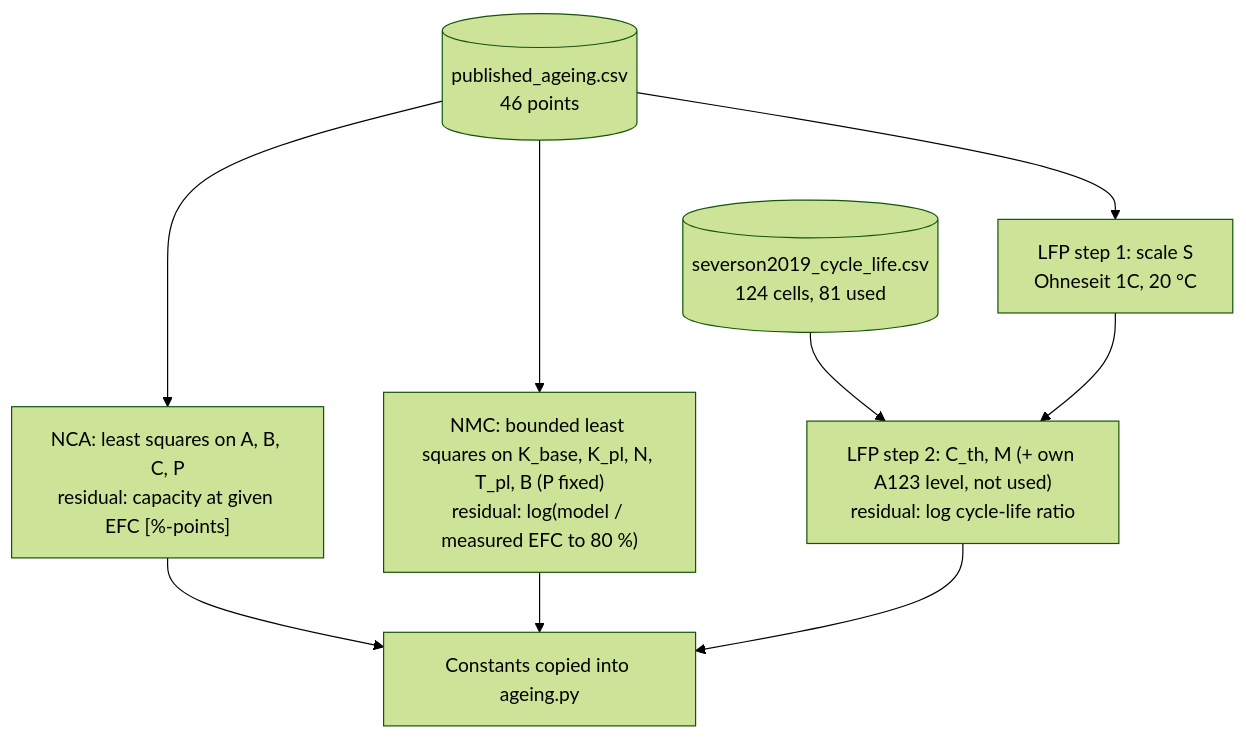
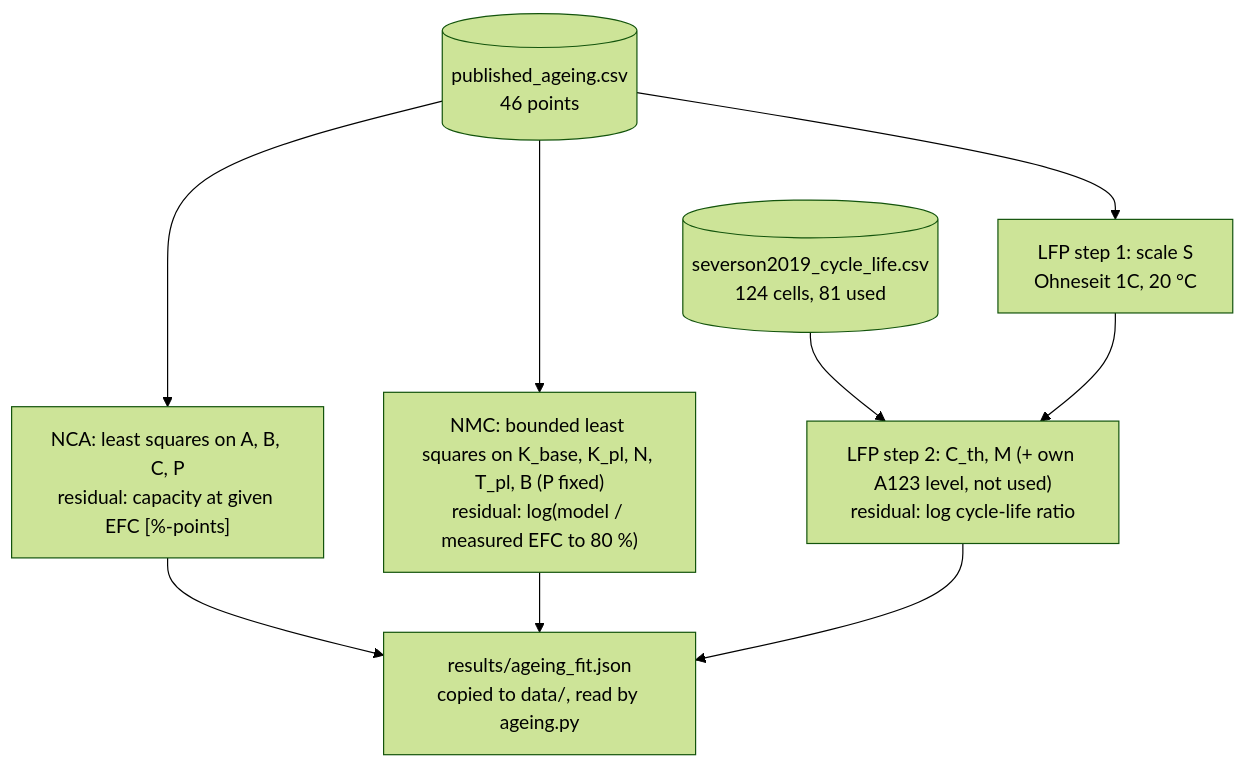
Before and after one commit to TheJohn01/DigitalTwinBattery: the seventh of 12 diagrams in README.md, drawn with Mermaid (forest theme). The commit also changed other lines of this file and 28 other files, not shown here.

````diff
--- a/README.md
+++ b/README.md
@@ -784,15 +786,15 @@
 ```mermaid
 flowchart TD
     CSV[("published_ageing.csv<br/>46 points")] --> NCA
     CSV --> NMC
     CSV --> LFP1
     SEV[("severson2019_cycle_life.csv<br/>124 cells, 81 used")] --> LFP2
     NCA["NCA: least squares on A, B, C, P<br/>residual: capacity at given EFC [%-points]"]
     NMC["NMC: bounded least squares on K_base, K_pl, N, T_pl, B (P fixed)<br/>residual: log(model / measured EFC to 80 %)"]
     LFP1["LFP step 1: scale S<br/>Ohneseit 1C, 20 °C"]
     LFP2["LFP step 2: C_th, M (+ own A123 level, not used)<br/>residual: log cycle-life ratio"]
     LFP1 --> LFP2
-    NCA --> OUT["Constants copied into ageing.py"]
+    NCA --> OUT["results/ageing_fit.json<br/>copied to data/, read by ageing.py"]
     NMC --> OUT
     LFP2 --> OUT
 ```
````
